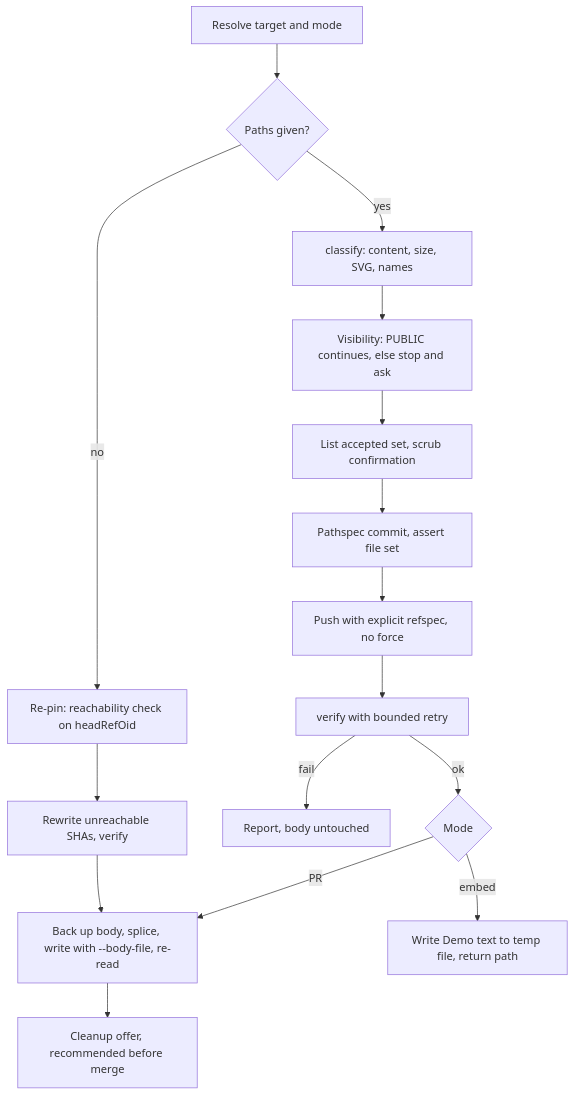
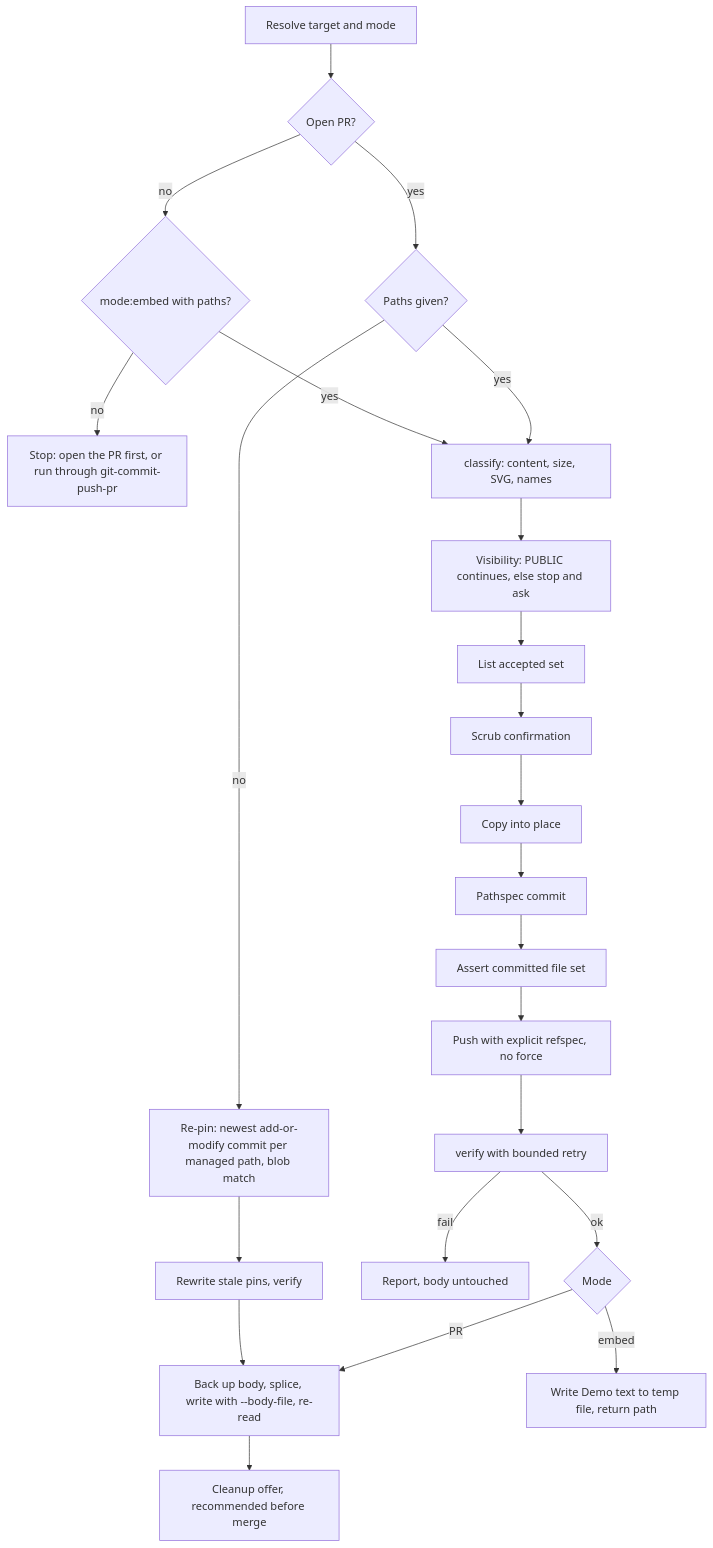
One commit to marcusrbrown/systematic changed the diagram in docs/plans/2026-10-22-002-feat-pr-attachments-skill-plan.md. Above: the diagram before and after it, drawn with Mermaid. The commit also changed other lines of this file, not shown here.

````diff
--- a/docs/plans/2026-10-22-002-feat-pr-attachments-skill-plan.md
+++ b/docs/plans/2026-10-22-002-feat-pr-attachments-skill-plan.md
@@ -272,17 +300,24 @@
 ```mermaid
 flowchart TD
-  A[Resolve target and mode] --> B{Paths given?}
-  B -- no --> R[Re-pin: reachability check on headRefOid]
-  R --> RV[Rewrite unreachable SHAs, verify] --> W
+  A[Resolve target and mode] --> D{Open PR?}
+  D -- no --> E0{mode:embed with paths?}
+  E0 -- no --> N[Stop: open the PR first, or run through git-commit-push-pr]
+  E0 -- yes --> C
+  D -- yes --> B{Paths given?}
+  B -- no --> R[Re-pin: newest add-or-modify commit per managed path, blob match]
+  R --> RV[Rewrite stale pins, verify] --> W
   B -- yes --> C[classify: content, size, SVG, names]
   C --> V[Visibility: PUBLIC continues, else stop and ask]
-  V --> S[List accepted set, scrub confirmation]
-  S --> K[Pathspec commit, assert file set]
-  K --> P[Push with explicit refspec, no force]
+  V --> L[List accepted set]
+  L --> S[Scrub confirmation]
+  S --> Y[Copy into place]
+  Y --> K[Pathspec commit]
+  K --> E[Assert committed file set]
+  E --> P[Push with explicit refspec, no force]
   P --> Q[verify with bounded retry]
   Q -- fail --> F[Report, body untouched]
   Q -- ok --> M{Mode}
   M -- embed --> T[Write Demo text to temp file, return path]
   M -- PR --> W[Back up body, splice, write with --body-file, re-read]
   W --> X[Cleanup offer, recommended before merge]
 ```
````
